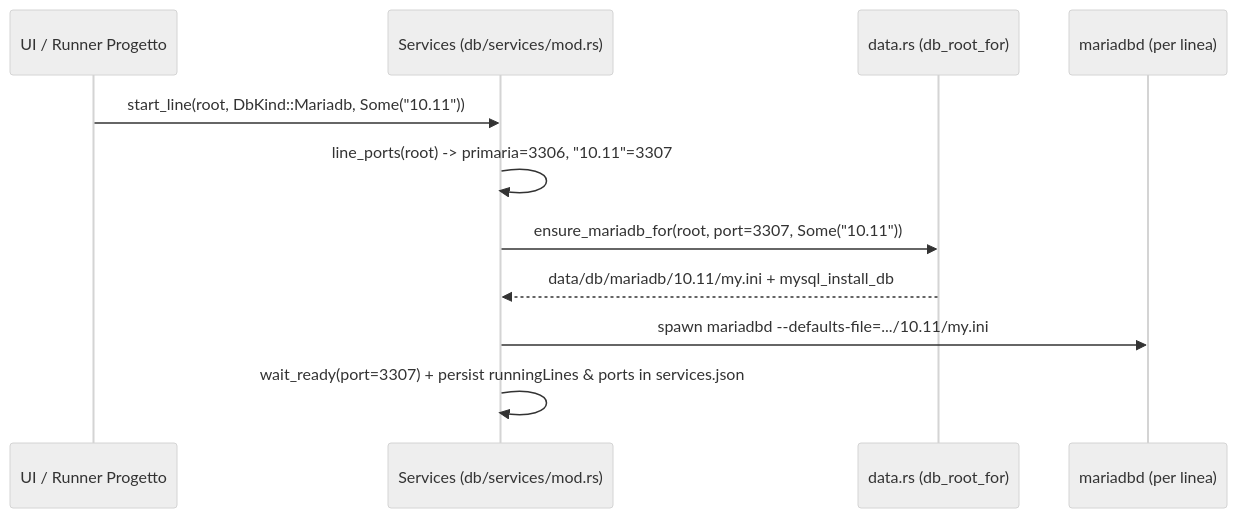
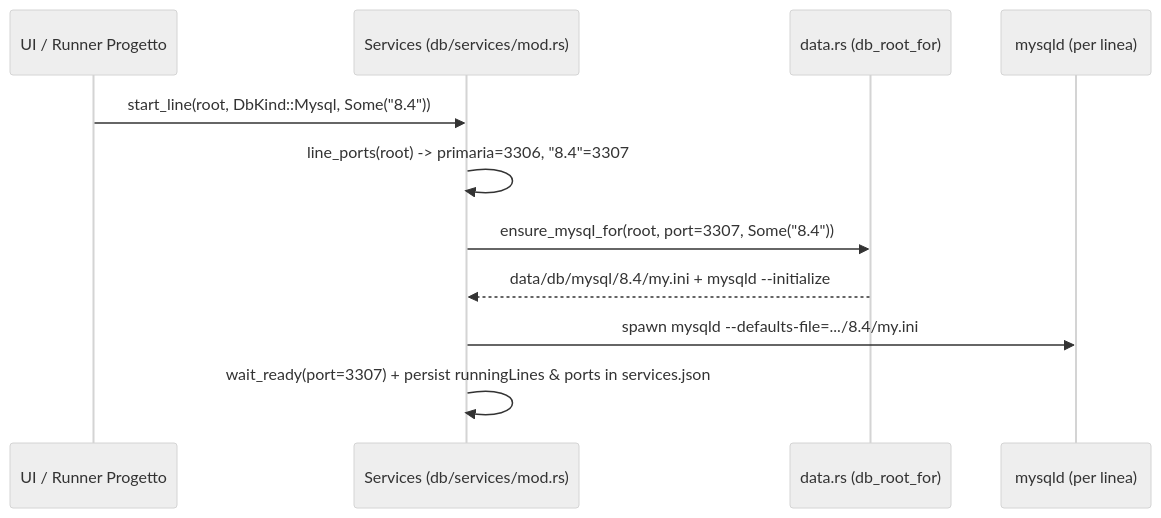
The second of 2 diagrams in docs/reports/v4/01-ARCHITETTURA-E-LOGICA.md (nabre/atollo), drawn with Mermaid (neutral theme) before and after one commit. The commit also changed other lines of this file and 11 other files, not shown here.

````diff
--- a/docs/reports/v4/01-ARCHITETTURA-E-LOGICA.md
+++ b/docs/reports/v4/01-ARCHITETTURA-E-LOGICA.md
@@ -73,14 +73,14 @@
 ```mermaid
 sequenceDiagram
     participant UI as UI / Runner Progetto
     participant Svc as Services (db/services/mod.rs)
     participant Data as data.rs (db_root_for)
-    participant Proc as mariadbd (per linea)
+    participant Proc as mysqld (per linea)
 
-    UI->>Svc: start_line(root, DbKind::Mariadb, Some("10.11"))
-    Svc->>Svc: line_ports(root) -> primaria=3306, "10.11"=3307
-    Svc->>Data: ensure_mariadb_for(root, port=3307, Some("10.11"))
-    Data-->>Svc: data/db/mariadb/10.11/my.ini + mysql_install_db
-    Svc->>Proc: spawn mariadbd --defaults-file=.../10.11/my.ini
+    UI->>Svc: start_line(root, DbKind::Mysql, Some("8.4"))
+    Svc->>Svc: line_ports(root) -> primaria=3306, "8.4"=3307
+    Svc->>Data: ensure_mysql_for(root, port=3307, Some("8.4"))
+    Data-->>Svc: data/db/mysql/8.4/my.ini + mysqld --initialize
+    Svc->>Proc: spawn mysqld --defaults-file=.../8.4/my.ini
     Svc->>Svc: wait_ready(port=3307) + persist runningLines & ports in services.json
 ```
````
